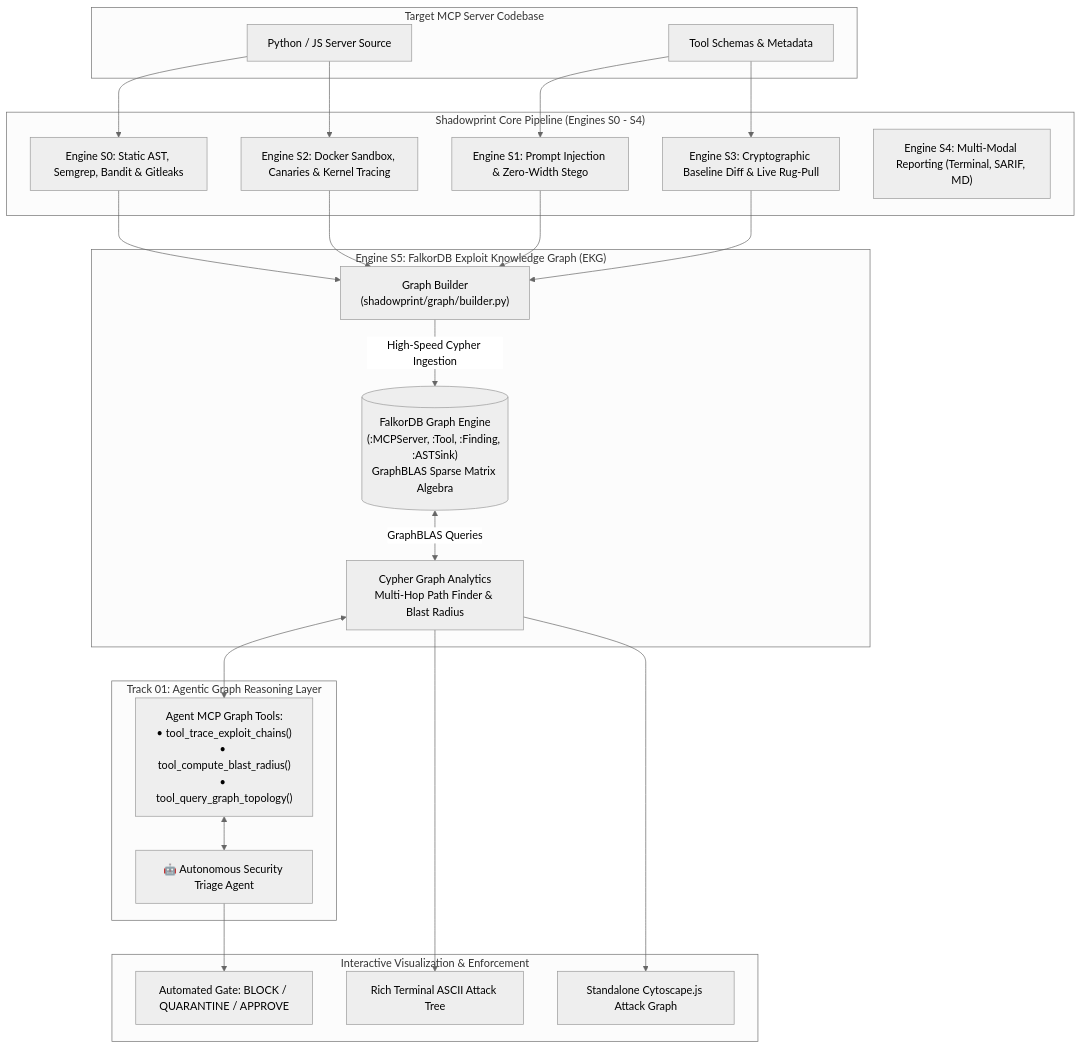
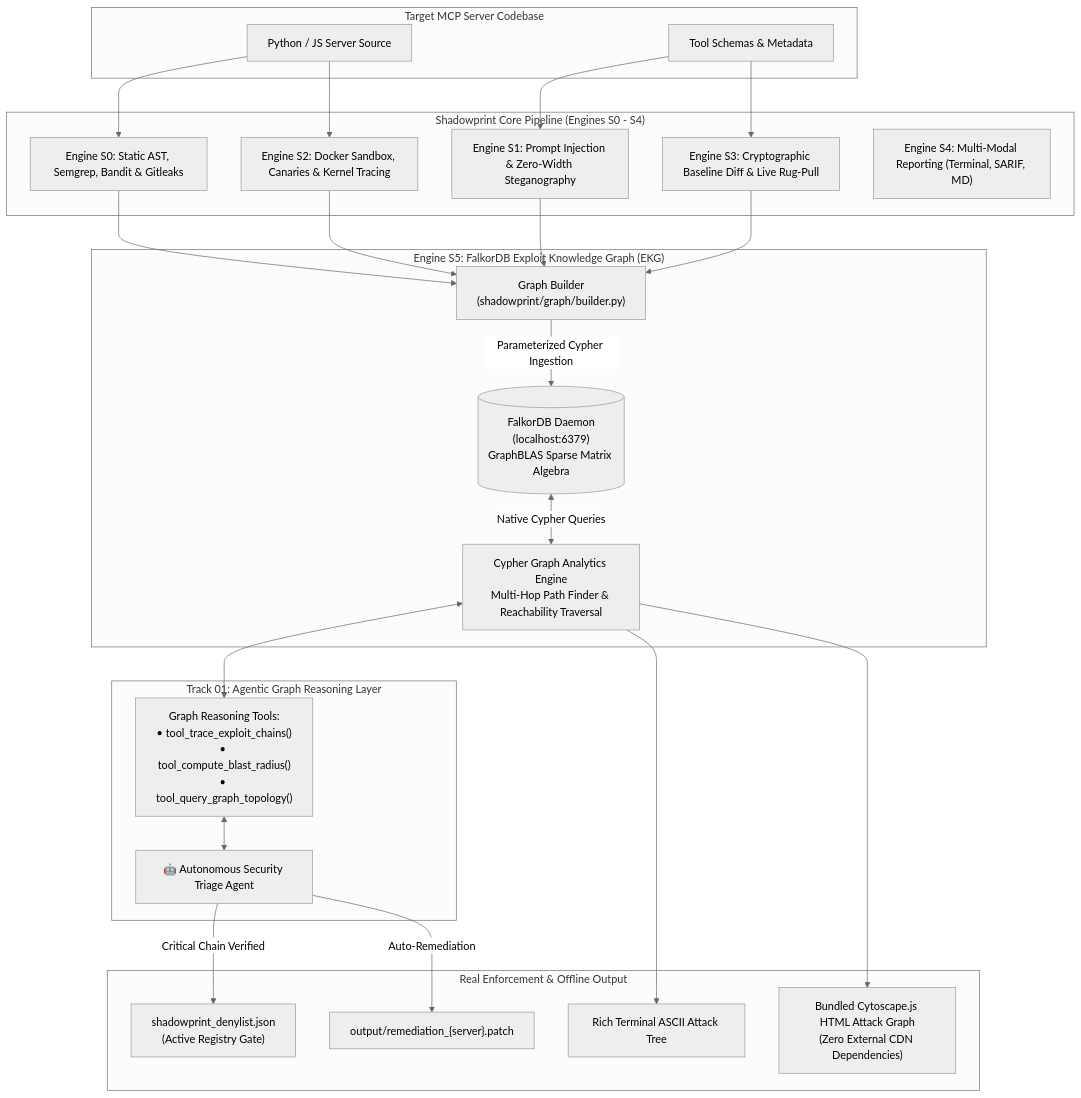
The diagram in README.md (Jasjyot-Singh/Openforge_security_audit_falkore_version), drawn with Mermaid (neutral theme) before and after one commit. The commit also changed other lines of this file and 13 other files, not shown here.

Commit message:
fix(submission): apply v2 fixlist - live falkordb requirement, cypher parameterization, real enforcement, and offline assets

````diff
--- a/README.md
+++ b/README.md
@@ -35,51 +31,53 @@
 ```mermaid
 flowchart TB
     subgraph S_MCP["Target MCP Server Codebase"]
         SrcCode["Python / JS Server Source"]
         Schemas["Tool Schemas & Metadata"]
     end
 
     subgraph ENGINE_CORE["Shadowprint Core Pipeline (Engines S0 - S4)"]
         S0["Engine S0: Static AST, Semgrep, Bandit & Gitleaks"]
-        S1["Engine S1: Prompt Injection & Zero-Width Stego"]
+        S1["Engine S1: Prompt Injection & Zero-Width Steganography"]
         S2["Engine S2: Docker Sandbox, Canaries & Kernel Tracing"]
         S3["Engine S3: Cryptographic Baseline Diff & Live Rug-Pull"]
         S4["Engine S4: Multi-Modal Reporting (Terminal, SARIF, MD)"]
     end
 
     subgraph GRAPH_LAYER["Engine S5: FalkorDB Exploit Knowledge Graph (EKG)"]
         GB["Graph Builder<br/>(shadowprint/graph/builder.py)"]
-        Falkor[("FalkorDB Graph Engine<br/>(:MCPServer, :Tool, :Finding, :ASTSink)<br/>GraphBLAS Sparse Matrix Algebra")]
-        CQ["Cypher Graph Analytics<br/>Multi-Hop Path Finder & Blast Radius"]
+        Falkor[("FalkorDB Daemon<br/>(localhost:6379)<br/>GraphBLAS Sparse Matrix Algebra")]
+        CQ["Cypher Graph Analytics Engine<br/>Multi-Hop Path Finder & Reachability Traversal"]
     end
 
     subgraph AGENT_LAYER["Track 01: Agentic Graph Reasoning Layer"]
         TriageAgent["🤖 Autonomous Security Triage Agent"]
-        MCPTools["Agent MCP Graph Tools:<br/>• tool_trace_exploit_chains()<br/>• tool_compute_blast_radius()<br/>• tool_query_graph_topology()"]
+        MCPTools["Graph Reasoning Tools:<br/>• tool_trace_exploit_chains()<br/>• tool_compute_blast_radius()<br/>• tool_query_graph_topology()"]
     end
 
-    subgraph OUTPUT_LAYER["Interactive Visualization & Enforcement"]
-        HTMLGraph["Standalone Cytoscape.js Attack Graph"]
+    subgraph ENFORCEMENT["Real Enforcement & Offline Output"]
+        Denylist["shadowprint_denylist.json<br/>(Active Registry Gate)"]
+        PatchFile["output/remediation_{server}.patch"]
+        HTMLGraph["Bundled Cytoscape.js HTML Attack Graph<br/>(Zero External CDN Dependencies)"]
         AsciiTree["Rich Terminal ASCII Attack Tree"]
-        PolicyGate["Automated Gate: BLOCK / QUARANTINE / APPROVE"]
     end
 
     SrcCode --> S0
     Schemas --> S1
     SrcCode --> S2
     Schemas --> S3
 
     S0 --> GB
     S1 --> GB
     S2 --> GB
     S3 --> GB
 
-    GB -->|"High-Speed Cypher Ingestion"| Falkor
-    Falkor <-->|"GraphBLAS Queries"| CQ
+    GB -->|"Parameterized Cypher Ingestion"| Falkor
+    Falkor <-->|"Native Cypher Queries"| CQ
     CQ <--> MCPTools
     MCPTools <--> TriageAgent
 
-    TriageAgent --> PolicyGate
+    TriageAgent -->|"Critical Chain Verified"| Denylist
+    TriageAgent -->|"Auto-Remediation"| PatchFile
     CQ --> AsciiTree
     CQ --> HTMLGraph
 ```
````
